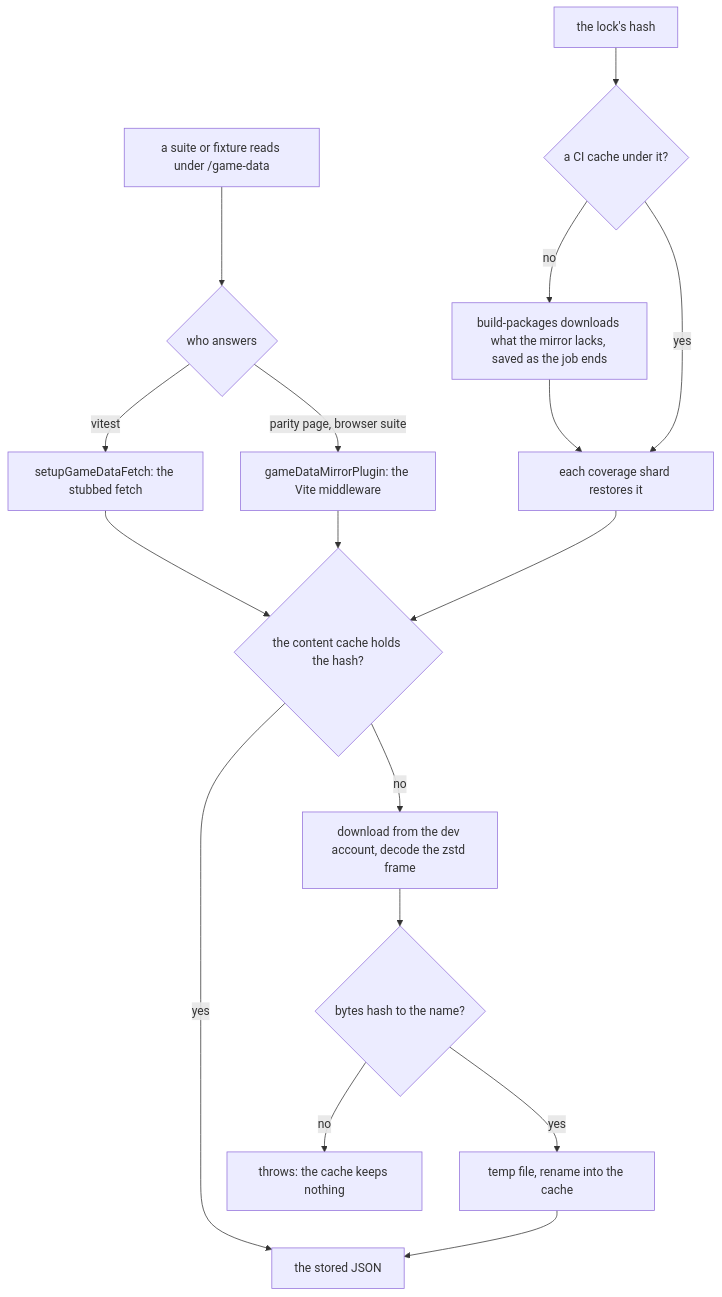
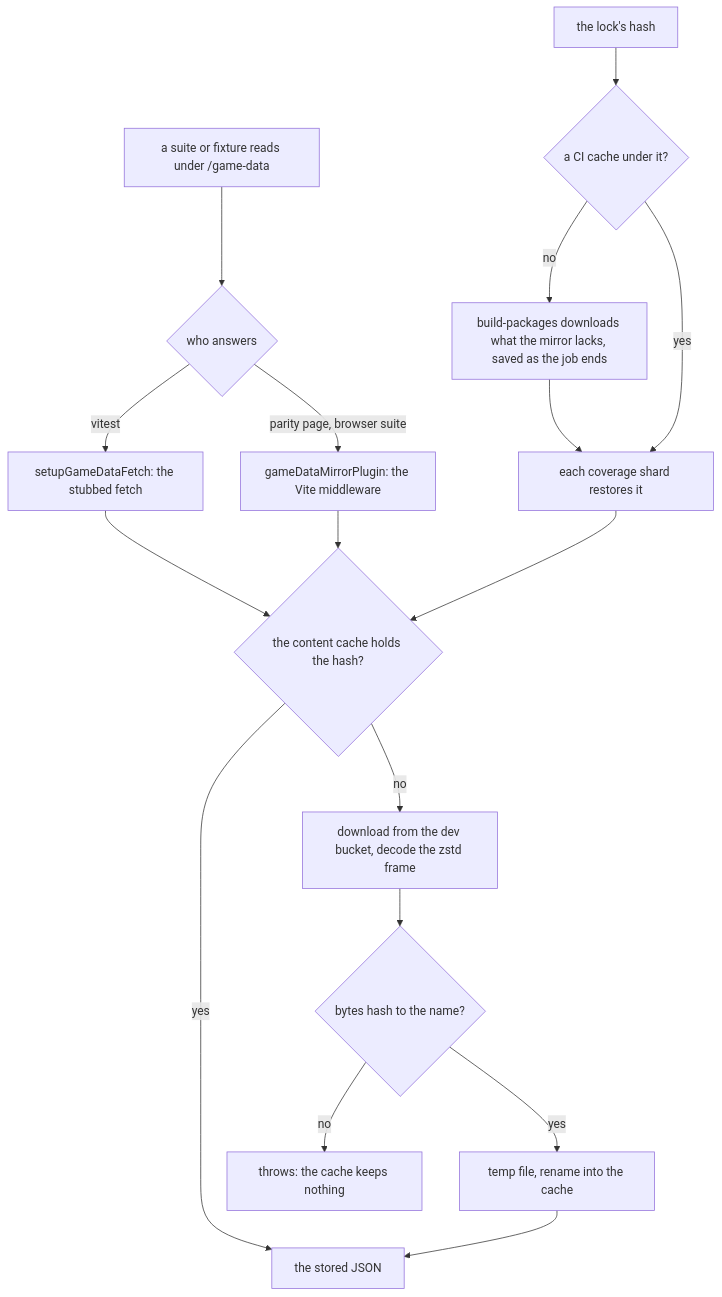
Before and after one commit to Esposter/Esposter: the fifth of 5 diagrams in openspec/specs/genshin/hosted-game-data/design.md, drawn with Mermaid. The commit also changed other lines of this file and 1 other file, not shown here.

````diff
--- a/openspec/specs/genshin/hosted-game-data/design.md
+++ b/openspec/specs/genshin/hosted-game-data/design.md
@@ -190,19 +190,19 @@
 ```mermaid
 flowchart TD
   Suite["a suite or fixture reads under /game-data"] --> Route{"who answers"}
   Route -->|vitest| Fetch["setupGameDataFetch: the stubbed fetch"]
   Route -->|"parity page, browser suite"| Middleware["gameDataMirrorPlugin: the Vite middleware"]
   Fetch --> Mirror{"the content cache holds the hash?"}
   Middleware --> Mirror
   Mirror -->|yes| Serve["the stored JSON"]
-  Mirror -->|no| Download["download from the dev account, decode the zstd frame"]
+  Mirror -->|no| Download["download from the dev bucket, decode the zstd frame"]
   Download --> Hash{"bytes hash to the name?"}
   Hash -->|no| Refuse["throws: the cache keeps nothing"]
   Hash -->|yes| Store["temp file, rename into the cache"]
   Store --> Serve
   Lock["the lock's hash"] --> Cached{"a CI cache under it?"}
   Cached -->|no| Fill["build-packages downloads what the mirror lacks, saved as the job ends"]
   Cached -->|yes| Restore["each coverage shard restores it"]
   Fill --> Restore
   Restore --> Mirror
 ```
````
